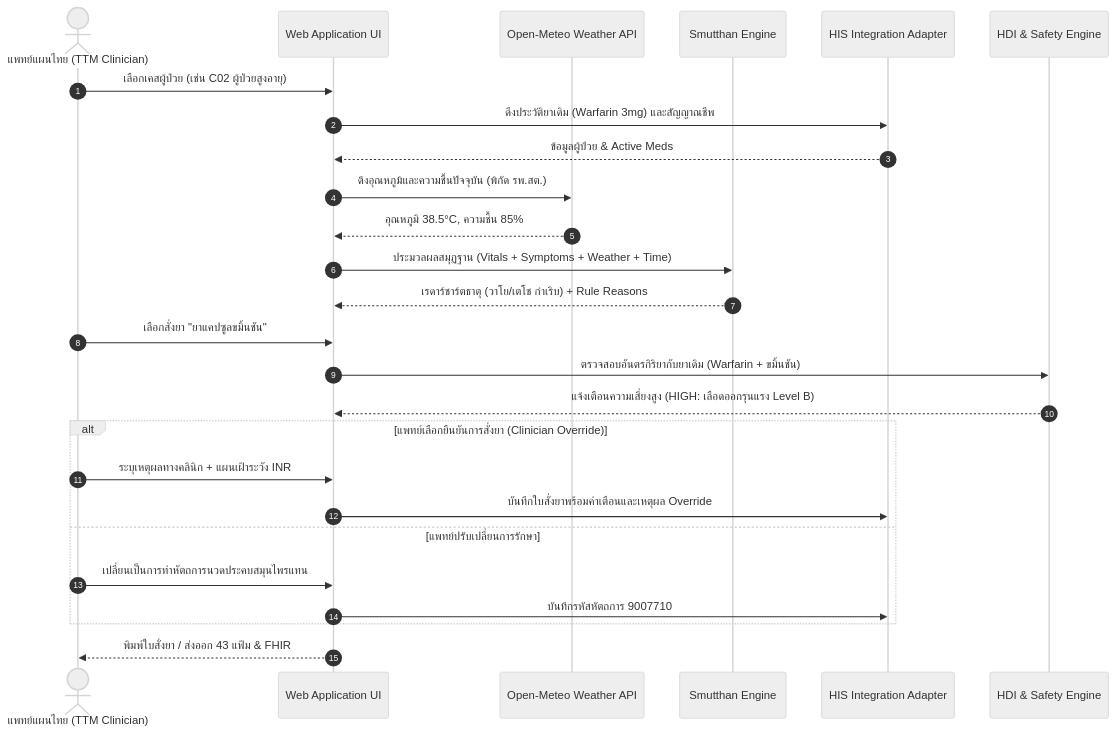
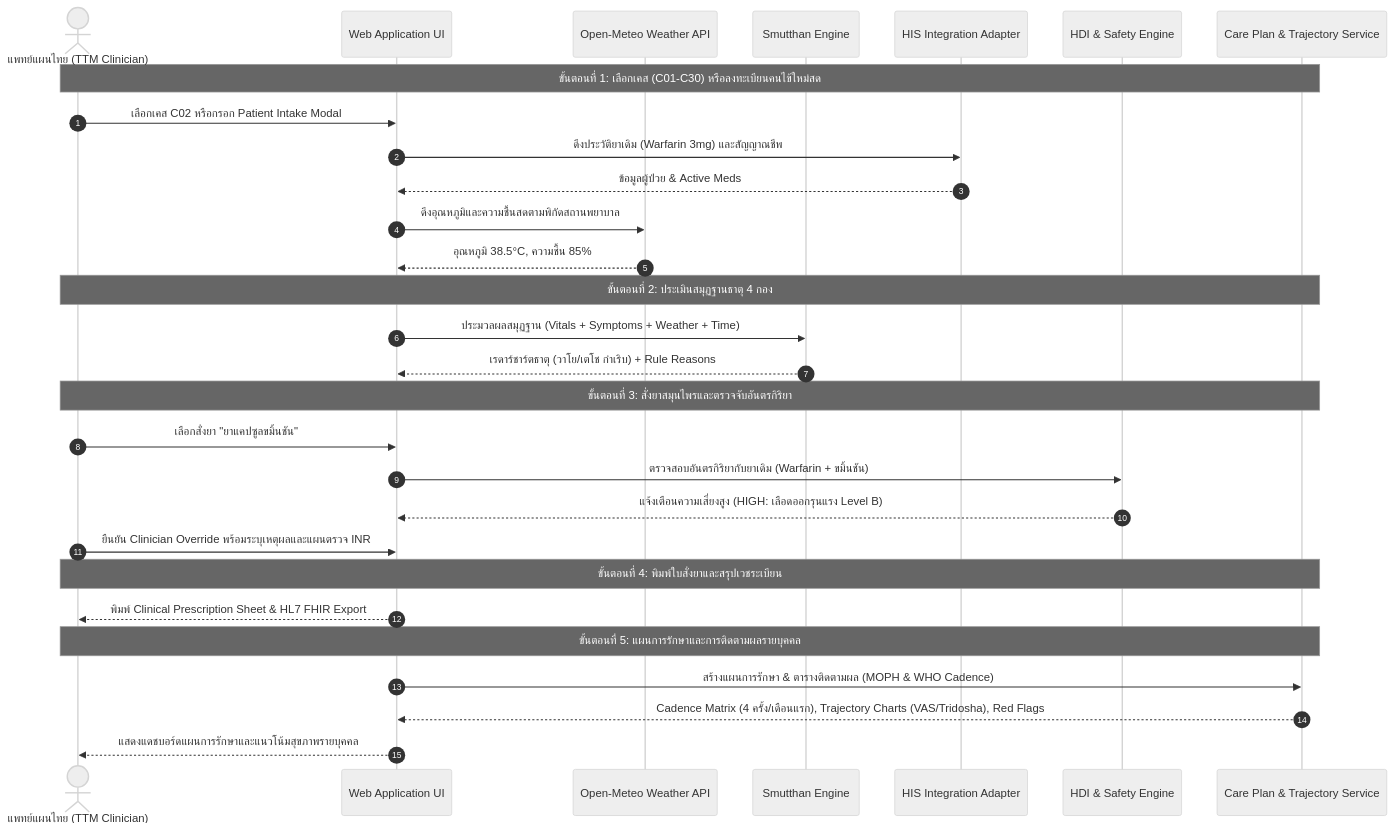
The second of 2 diagrams in docs/03-architecture.md (ClangxCL/TTM_Hackathon_2026), drawn with Mermaid (neutral theme) before and after one commit. The commit also changed other lines of this file and 9 other files, not shown here.

Commit message:
docs: comprehensive update across all 10 docs for VejVivat branding, 30 cases, patient intake, care plan & follow-up protocol

````diff
--- a/docs/03-architecture.md
+++ b/docs/03-architecture.md
@@ -62,29 +69,36 @@
 ```mermaid
 sequenceDiagram
     autonumber
     actor TTM as แพทย์แผนไทย (TTM Clinician)
     participant UI as Web Application UI
     participant Weather as Open-Meteo Weather API
     participant Smutthan as Smutthan Engine
     participant HIS as HIS Integration Adapter
     participant HDI as HDI & Safety Engine
+    participant CarePlan as Care Plan & Trajectory Service
 
-    TTM->>UI: เลือกเคสผู้ป่วย (เช่น C02 ผู้ป่วยสูงอายุ)
+    Note over TTM, CarePlan: ขั้นตอนที่ 1: เลือกเคส (C01-C30) หรือลงทะเบียนคนไข้ใหม่สด
+    TTM->>UI: เลือกเคส C02 หรือกรอก Patient Intake Modal
     UI->>HIS: ดึงประวัติยาเดิม (Warfarin 3mg) และสัญญาณชีพ
     HIS-->>UI: ข้อมูลผู้ป่วย & Active Meds
-    UI->>Weather: ดึงอุณหภูมิและความชื้นปัจจุบัน (พิกัด รพ.สต.)
+    UI->>Weather: ดึงอุณหภูมิและความชื้นสดตามพิกัดสถานพยาบาล
     Weather-->>UI: อุณหภูมิ 38.5°C, ความชื้น 85%
+
+    Note over TTM, CarePlan: ขั้นตอนที่ 2: ประเมินสมุฏฐานธาตุ 4 กอง
     UI->>Smutthan: ประมวลผลสมุฏฐาน (Vitals + Symptoms + Weather + Time)
     Smutthan-->>UI: เรดาร์ชาร์ตธาตุ (วาโย/เตโช กำเริบ) + Rule Reasons
+
+    Note over TTM, CarePlan: ขั้นตอนที่ 3: สั่งยาสมุนไพรและตรวจจับอันตรกิริยา
     TTM->>UI: เลือกสั่งยา "ยาแคปซูลขมิ้นชัน"
     UI->>HDI: ตรวจสอบอันตรกิริยากับยาเดิม (Warfarin + ขมิ้นชัน)
     HDI-->>UI: แจ้งเตือนความเสี่ยงสูง (HIGH: เลือดออกรุนแรง Level B)
-    alt แพทย์เลือกยืนยันการสั่งยา (Clinician Override)
-        TTM->>UI: ระบุเหตุผลทางคลินิก + แผนเฝ้าระวัง INR
-        UI->>HIS: บันทึกใบสั่งยาพร้อมคำเตือนและเหตุผล Override
-    else แพทย์ปรับเปลี่ยนการรักษา
-        TTM->>UI: เปลี่ยนเป็นการทำหัตถการนวดประคบสมุนไพรแทน
-        UI->>HIS: บันทึกรหัสหัตถการ 9007710
-    end
-    UI-->>TTM: พิมพ์ใบสั่งยา / ส่งออก 43 แฟ้ม & FHIR
+    TTM->>UI: ยืนยัน Clinician Override พร้อมระบุเหตุผลและแผนตรวจ INR
+
+    Note over TTM, CarePlan: ขั้นตอนที่ 4: พิมพ์ใบสั่งยาและสรุปเวชระเบียน
+    UI-->>TTM: พิมพ์ Clinical Prescription Sheet & HL7 FHIR Export
+
+    Note over TTM, CarePlan: ขั้นตอนที่ 5: แผนการรักษาและการติดตามผลรายบุคคล
+    UI->>CarePlan: สร้างแผนการรักษา & ตารางติดตามผล (MOPH & WHO Cadence)
+    CarePlan-->>UI: Cadence Matrix (4 ครั้ง/เดือนแรก), Trajectory Charts (VAS/Tridosha), Red Flags
+    UI-->>TTM: แสดงแดชบอร์ดแผนการรักษาและแนวโน้มสุขภาพรายบุคคล
 ```
````
